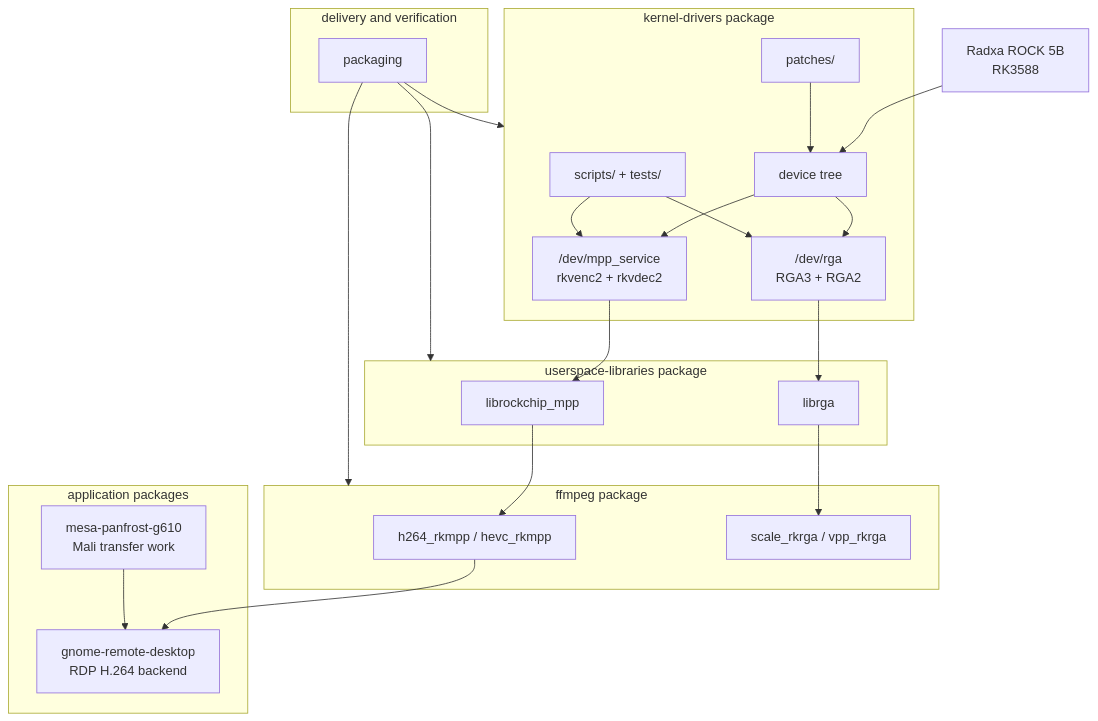
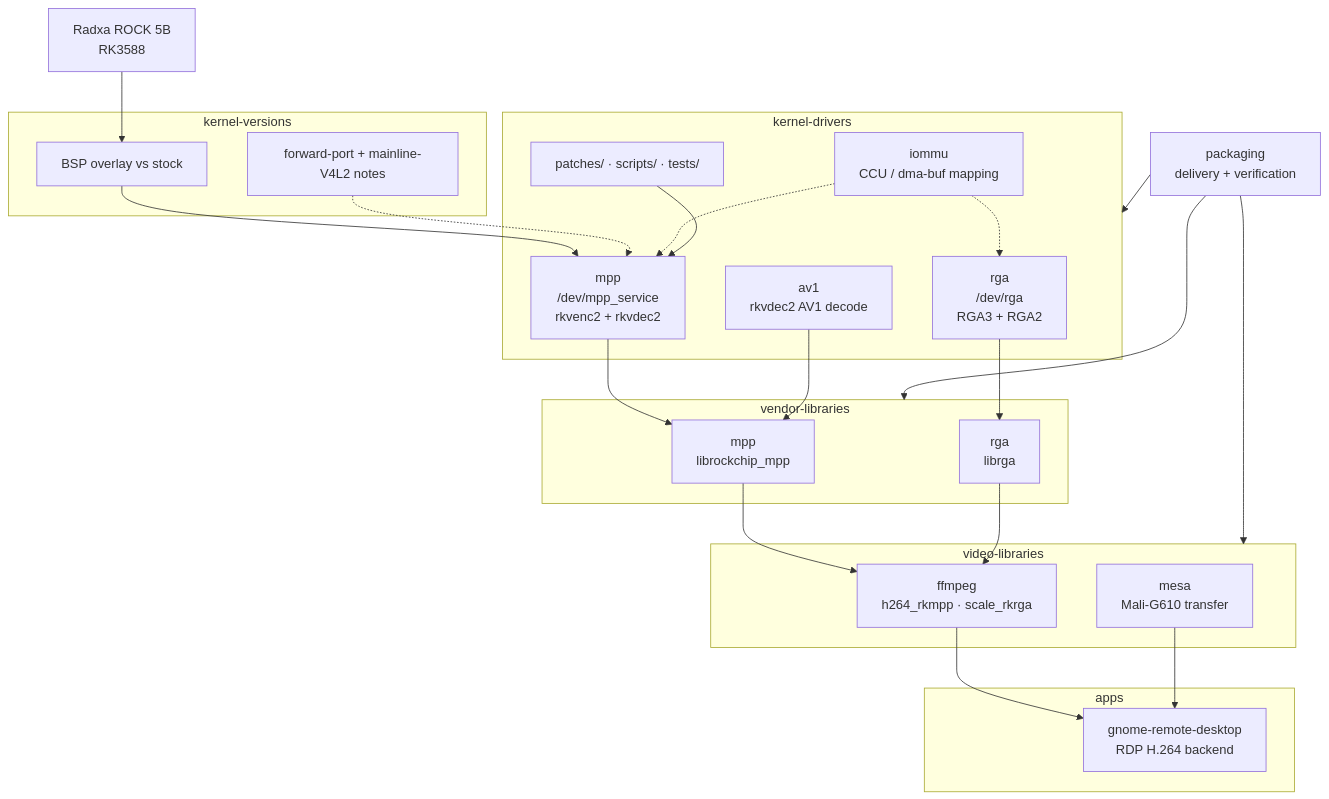
Before and after one commit to yisding/rock-5b-ysp: the diagram in docs/work-packages.md, drawn with Mermaid. The commit also changed other lines of this file and 199 other files, not shown here.

````diff
--- a/docs/work-packages.md
+++ b/docs/work-packages.md
@@ -26,44 +23,47 @@
 ```mermaid
 flowchart TB
   board["Radxa ROCK 5B<br/>RK3588"]
 
-  subgraph kernel["kernel-drivers package"]
-    dt["device tree"]
-    mpp["/dev/mpp_service<br/>rkvenc2 + rkvdec2"]
-    rga["/dev/rga<br/>RGA3 + RGA2"]
-    kpatches["patches/"]
-    ktools["scripts/ + tests/"]
+  subgraph kver["kernel-versions"]
+    bsp["BSP overlay vs stock"]
+    fport["forward-port + mainline-V4L2 notes"]
   end
 
-  subgraph libs["userspace-libraries package"]
-    libmpp["librockchip_mpp"]
-    librga["librga"]
+  subgraph kernel["kernel-drivers"]
+    mpp["mpp<br/>/dev/mpp_service<br/>rkvenc2 + rkvdec2"]
+    rga["rga<br/>/dev/rga<br/>RGA3 + RGA2"]
+    av1["av1<br/>rkvdec2 AV1 decode"]
+    iommu["iommu<br/>CCU / dma-buf mapping"]
+    kart["patches/ · scripts/ · tests/"]
   end
 
-  subgraph ff["ffmpeg package"]
-    codecs["h264_rkmpp / hevc_rkmpp"]
-    filters["scale_rkrga / vpp_rkrga"]
+  subgraph libs["vendor-libraries"]
+    libmpp["mpp<br/>librockchip_mpp"]
+    librga["rga<br/>librga"]
   end
 
-  subgraph apps["application packages"]
-    grd["gnome-remote-desktop<br/>RDP H.264 backend"]
-    mesa["mesa-panfrost-g610<br/>Mali transfer work"]
+  subgraph video["video-libraries"]
+    ffmpeg["ffmpeg<br/>h264_rkmpp · scale_rkrga"]
+    mesa["mesa<br/>Mali-G610 transfer"]
   end
 
-  subgraph ops["delivery and verification"]
-    packaging["packaging"]
+  subgraph apps["apps"]
+    grd["gnome-remote-desktop<br/>RDP H.264 backend"]
   end
 
-  board --> dt
-  dt --> mpp
-  dt --> rga
-  mpp --> libmpp --> codecs --> grd
-  rga --> librga --> filters
+  packaging["packaging<br/>delivery + verification"]
+
+  board --> bsp
+  bsp --> mpp
+  fport -.-> mpp
+  mpp --> libmpp --> ffmpeg --> grd
+  rga --> librga --> ffmpeg
+  av1 --> libmpp
+  iommu -.-> mpp
+  iommu -.-> rga
   mesa --> grd
   packaging --> kernel
   packaging --> libs
-  packaging --> ff
-  kpatches --> dt
-  ktools --> mpp
-  ktools --> rga
+  packaging --> video
+  kart --> mpp
 ```
````
